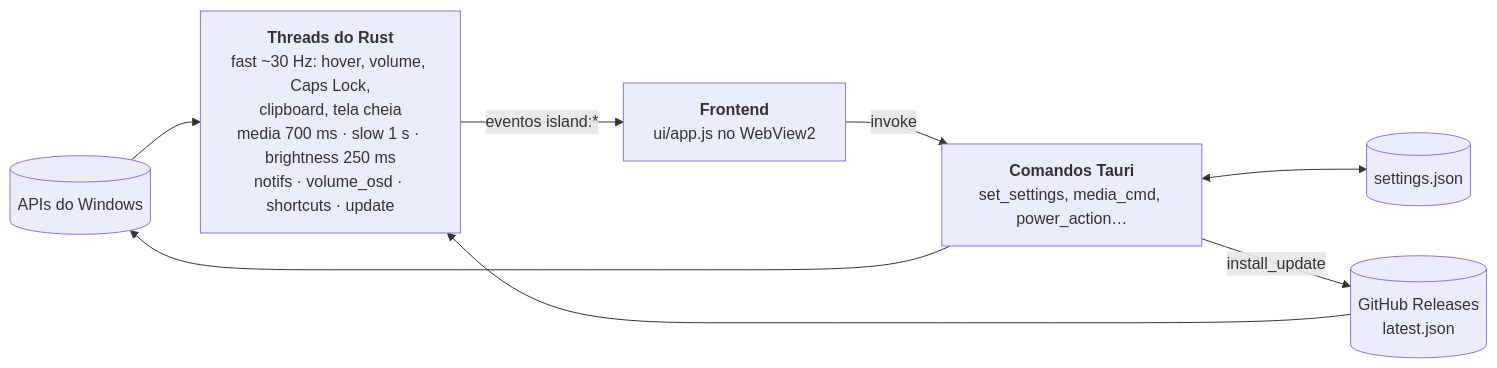
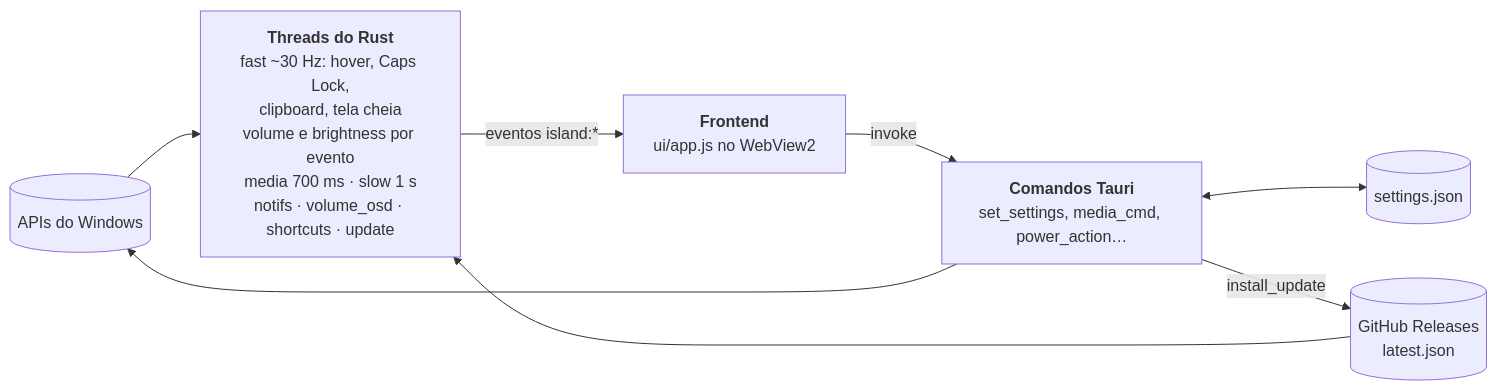
One commit to r4nges/island_windows changed the diagram in README.md. Above: the diagram before and after it, drawn with Mermaid. The commit also changed 5 other files, not shown here.

First line of the commit message:
Volume por callback do Core Audio em vez de leitura a cada 33 ms

````diff
--- a/README.md
+++ b/README.md
@@ -58,17 +58,17 @@
 ```mermaid
 flowchart LR
     win[("APIs do Windows")]
     gh[("GitHub Releases<br/>latest.json")]
     cfg[("settings.json")]
-    threads["<b>Threads do Rust</b><br/>fast ~30 Hz: hover, volume, Caps Lock,<br/>clipboard, tela cheia<br/>media 700 ms · slow 1 s · brightness 250 ms<br/>notifs · volume_osd · shortcuts · update"]
+    threads["<b>Threads do Rust</b><br/>fast ~30 Hz: hover, Caps Lock,<br/>clipboard, tela cheia<br/>volume e brightness por evento<br/>media 700 ms · slow 1 s<br/>notifs · volume_osd · shortcuts · update"]
     ui["<b>Frontend</b><br/>ui/app.js no WebView2"]
     cmds["<b>Comandos Tauri</b><br/>set_settings, media_cmd, power_action…"]
 
     win --> threads
     gh --> threads
     threads -->|"eventos island:*"| ui
     ui -->|"invoke"| cmds
     cmds --> win
     cmds <--> cfg
     cmds -->|"install_update"| gh
 ```
````
